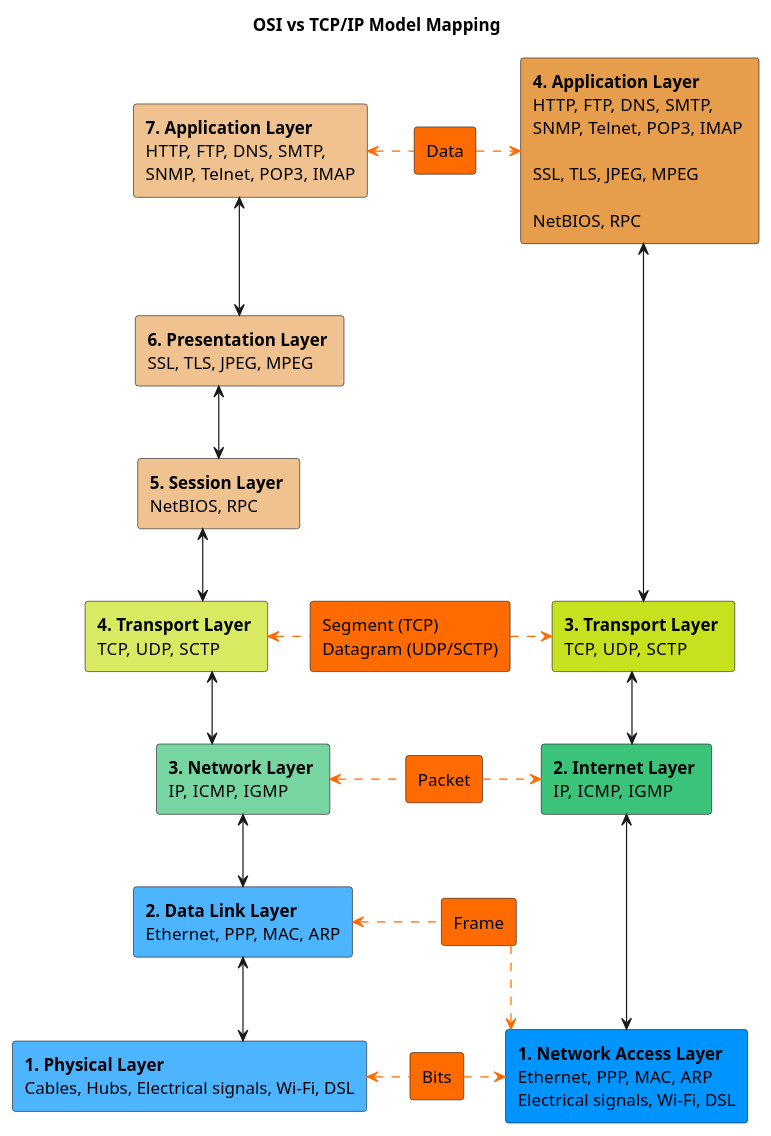
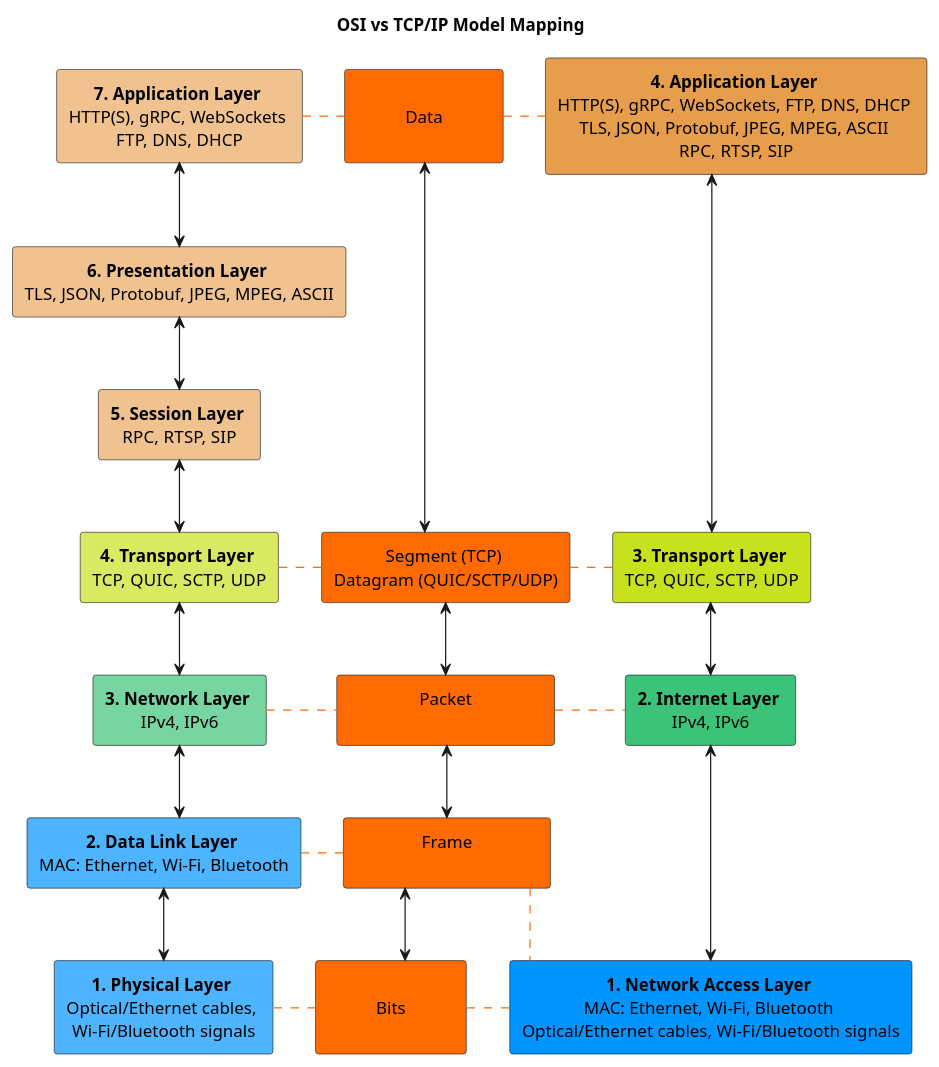
Before and after one commit to FedorIzvekov/knowledge-base: the diagram in networks/OSI_vs_TCP_IP.puml, drawn with PlantUML. The commit also changed 1 other file, not shown here.

Commit message:
updated uml schema networks OSI vs TCP/IP Model Mapping

```diff
--- a/networks/OSI_vs_TCP_IP.puml
+++ b/networks/OSI_vs_TCP_IP.puml
@@ -1,52 +1,58 @@
 @startuml
 skinparam linetype ortho
+skinparam DefaultTextAlignment center
 
 title OSI vs TCP/IP Model Mapping
 
 ' OSI Layers
-rectangle "<b>7. Application Layer</b> \nHTTP, FTP, DNS, SMTP, \nSNMP, Telnet, POP3, IMAP" as osi7 #efc28f
-rectangle "<b>6. Presentation Layer</b> \nSSL, TLS, JPEG, MPEG" as osi6 #efc28f
-rectangle "<b>5. Session Layer</b> \nNetBIOS, RPC" as osi5 #efc28f
-rectangle "<b>4. Transport Layer</b> \nTCP, UDP, SCTP" as osi4 #d9ea62
-rectangle "<b>3. Network Layer</b> \nIP, ICMP, IGMP" as osi3 #77d5a2
-rectangle "<b>2. Data Link Layer</b> \nEthernet, PPP, MAC, ARP" as osi2 #4db4ff
-rectangle "<b>1. Physical Layer</b> \nCables, Hubs, Electrical signals, Wi-Fi, DSL" as osi1 #4db4ff
+rectangle "<b>7. Application Layer</b> \nHTTP(S), gRPC, WebSockets \nFTP, DNS, DHCP" as osi7 #efc28f
+rectangle "<b>6. Presentation Layer</b> \nTLS, JSON, Protobuf, JPEG, MPEG, ASCII" as osi6 #efc28f
+rectangle "<b>5. Session Layer</b> \nRPC, RTSP, SIP" as osi5 #efc28f
+rectangle "<b>4. Transport Layer</b> \nTCP, QUIC, SCTP, UDP" as osi4 #d9ea62
+rectangle "<b>3. Network Layer</b> \nIPv4, IPv6" as osi3 #77d5a2
+rectangle "<b>2. Data Link Layer</b> \nMAC: Ethernet, Wi-Fi, Bluetooth" as osi2 #4db4ff
+rectangle "<b>1. Physical Layer</b> \nOptical/Ethernet cables, \nWi-Fi/Bluetooth signals" as osi1 #4db4ff
 
 ' TCP/IP Layers
-rectangle "<b>4. Application Layer</b> \nHTTP, FTP, DNS, SMTP, \nSNMP, Telnet, POP3, IMAP \n\nSSL, TLS, JPEG, MPEG \n\nNetBIOS, RPC" as tcpip4 #e69d4c
-rectangle "<b>3. Transport Layer</b> \nTCP, UDP, SCTP" as tcpip3 #c8e11e
-rectangle "<b>2. Internet Layer</b> \nIP, ICMP, IGMP" as tcpip2 #3cc37a
-rectangle "<b>1. Network Access Layer</b> \nEthernet, PPP, MAC, ARP \nElectrical signals, Wi-Fi, DSL" as tcpip1 #0094ff
+rectangle "<b>4. Application Layer</b> \nHTTP(S), gRPC, WebSockets, FTP, DNS, DHCP \nTLS, JSON, Protobuf, JPEG, MPEG, ASCII \nRPC, RTSP, SIP" as tcpip4 #e69d4c
+rectangle "<b>3. Transport Layer</b> \nTCP, QUIC, SCTP, UDP" as tcpip3 #c8e11e
+rectangle "<b>2. Internet Layer</b> \nIPv4, IPv6" as tcpip2 #3cc37a
+rectangle "<b>1. Network Access Layer</b> \nMAC: Ethernet, Wi-Fi, Bluetooth \nOptical/Ethernet cables, Wi-Fi/Bluetooth signals" as tcpip1 #0094ff
 
 ' Data Units
-rectangle "Data" as data #ff6b00
-rectangle "Segment (TCP) \nDatagram (UDP/SCTP)" as segment #ff6b00
-rectangle "Packet" as packet #ff6b00
-rectangle "Frame" as frame #ff6b00
-rectangle "Bits" as bits #ff6b00
+rectangle "\n           Data           \n" as data #ff6b00
+rectangle "Segment (TCP) \nDatagram (QUIC/SCTP/UDP)" as segment #ff6b00
+rectangle "                Packet                \n" as packet #ff6b00
+rectangle "               Frame               \n" as frame #ff6b00
+rectangle "\n           Bits           \n" as bits #ff6b00
 
 ' Connect levels
 osi7 <-down-> osi6
 osi6 <-down-> osi5
 osi5 <-down-> osi4
 osi4 <-down-> osi3
 osi3 <-down-> osi2
 osi2 <-down-> osi1
 
 tcpip4 <--down--> tcpip3
 tcpip3 <-down-> tcpip2
 tcpip2 <-down-> tcpip1
 
+data <-down-> segment
+segment <-down-> packet
+packet <-down-> frame
+frame <-down-> bits
+
 ' Map with lines
-osi7 <-right[dashed,#ff6b00]- data
-data -right[dashed,#ff6b00]-> tcpip4
-osi4 <-right[dashed,#ff6b00]- segment
-segment -right[dashed,#ff6b00]-> tcpip3
-osi3 <-right[dashed,#ff6b00]- packet
-packet -right[dashed,#ff6b00]-> tcpip2
-osi2 <-right[dashed,#ff6b00]- frame
-frame -right[dashed,#ff6b00]-> tcpip1
-osi1 <-right[dashed,#ff6b00]- bits
-bits -right[dashed,#ff6b00]-> tcpip1
+osi7 -right[dashed,#ff6b00]- data
+data -right[dashed,#ff6b00]- tcpip4
+osi4 -right[dashed,#ff6b00]- segment
+segment -right[dashed,#ff6b00]- tcpip3
+osi3 -right[dashed,#ff6b00]- packet
+packet -right[dashed,#ff6b00]- tcpip2
+osi2 -right[dashed,#ff6b00]- frame
+frame -right[dashed,#ff6b00]- tcpip1
+osi1 -right[dashed,#ff6b00]- bits
+bits -right[dashed,#ff6b00]- tcpip1
 
 @enduml
```
